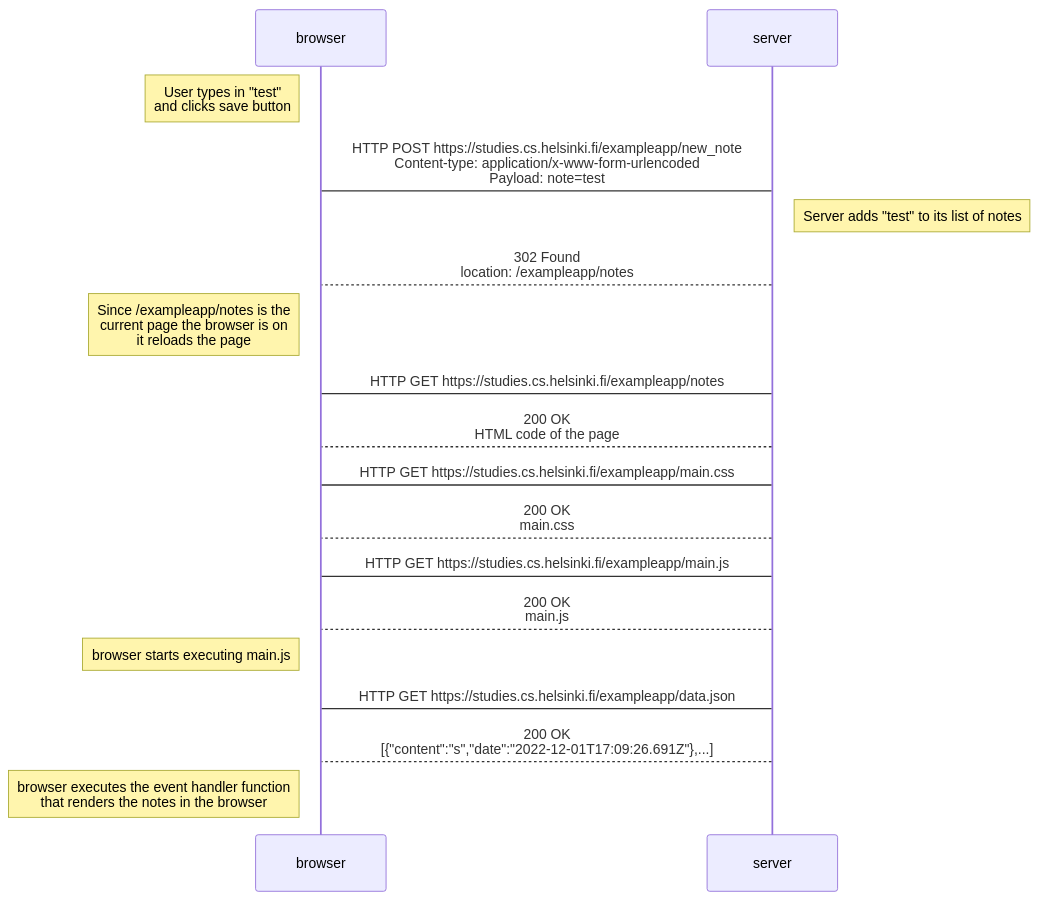
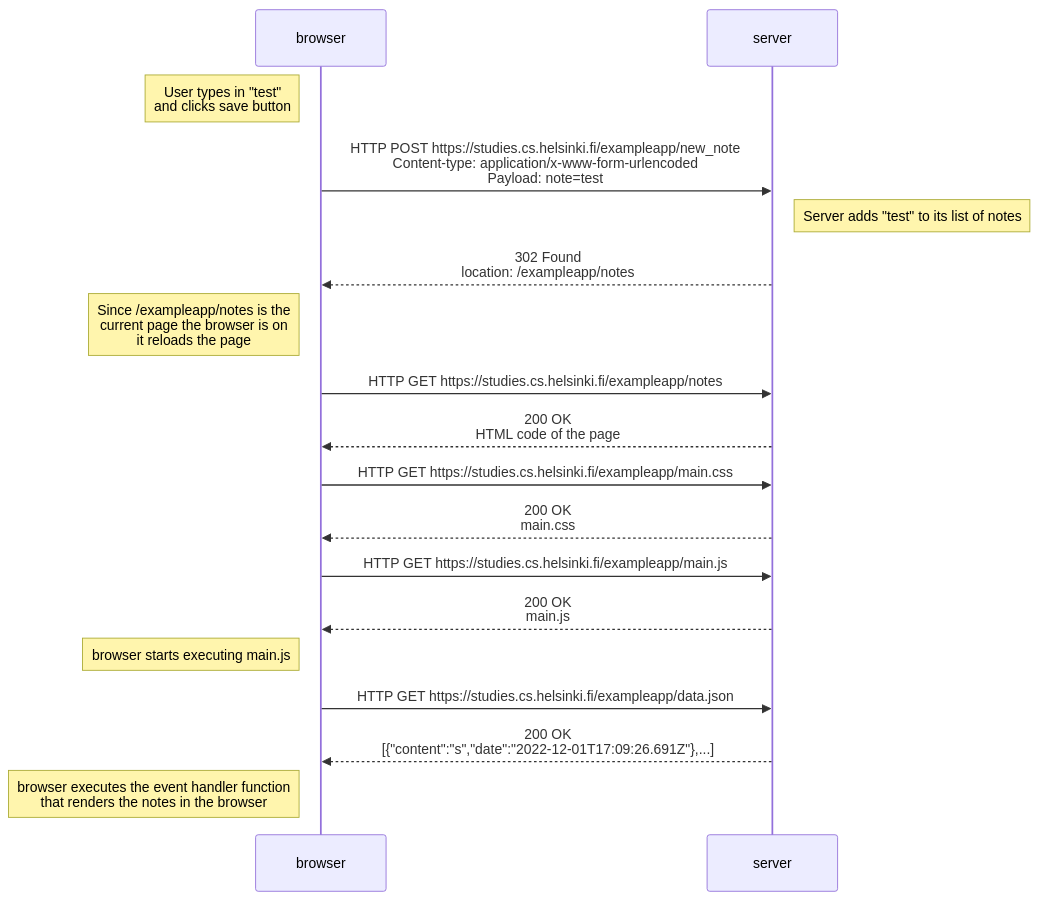
Before and after one commit to JoseBritto/fulllstack-open: the diagram in part0/0.4-new_note.md, drawn with Mermaid.

````diff
--- a/part0/0.4-new_note.md
+++ b/part0/0.4-new_note.md
@@ -1,26 +1,26 @@
 ```mermaid
 sequenceDiagram
 Note left of browser: User types in "test" <br/> and clicks save button
 
-browser->server: HTTP POST https://studies.cs.helsinki.fi/exampleapp/new_note <br/> Content-type: application/x-www-form-urlencoded <br/> Payload: note=test
+browser->>server: HTTP POST https://studies.cs.helsinki.fi/exampleapp/new_note <br/> Content-type: application/x-www-form-urlencoded <br/> Payload: note=test
 
 Note right of server: Server adds "test" to its list of notes
 
-server-->browser: 302 Found <br/> location: /exampleapp/notes
+server-->>browser: 302 Found <br/> location: /exampleapp/notes
 
 Note left of browser: Since /exampleapp/notes is the <br/> current page the browser is on <br/> it reloads the page
 
-browser->server: HTTP GET https://studies.cs.helsinki.fi/exampleapp/notes
-server-->browser: 200 OK <br/> HTML code of the page
-browser->server: HTTP GET https://studies.cs.helsinki.fi/exampleapp/main.css
-server-->browser: 200 OK <br/> main.css
-browser->server: HTTP GET https://studies.cs.helsinki.fi/exampleapp/main.js
-server-->browser: 200 OK <br/> main.js
+browser->>server: HTTP GET https://studies.cs.helsinki.fi/exampleapp/notes
+server-->>browser: 200 OK <br/> HTML code of the page
+browser->>server: HTTP GET https://studies.cs.helsinki.fi/exampleapp/main.css
+server-->>browser: 200 OK <br/> main.css
+browser->>server: HTTP GET https://studies.cs.helsinki.fi/exampleapp/main.js
+server-->>browser: 200 OK <br/> main.js
 
 note left of browser: browser starts executing main.js
 
-browser->server: HTTP GET https://studies.cs.helsinki.fi/exampleapp/data.json
-server-->browser:  200 OK <br/> [{"content":"s","date":"2022-12-01T17:09:26.691Z"},...]
+browser->>server: HTTP GET https://studies.cs.helsinki.fi/exampleapp/data.json
+server-->>browser:  200 OK <br/> [{"content":"s","date":"2022-12-01T17:09:26.691Z"},...]
 
 note left of browser: browser executes the event handler function<br/>that renders the notes in the browser
 ```
````
